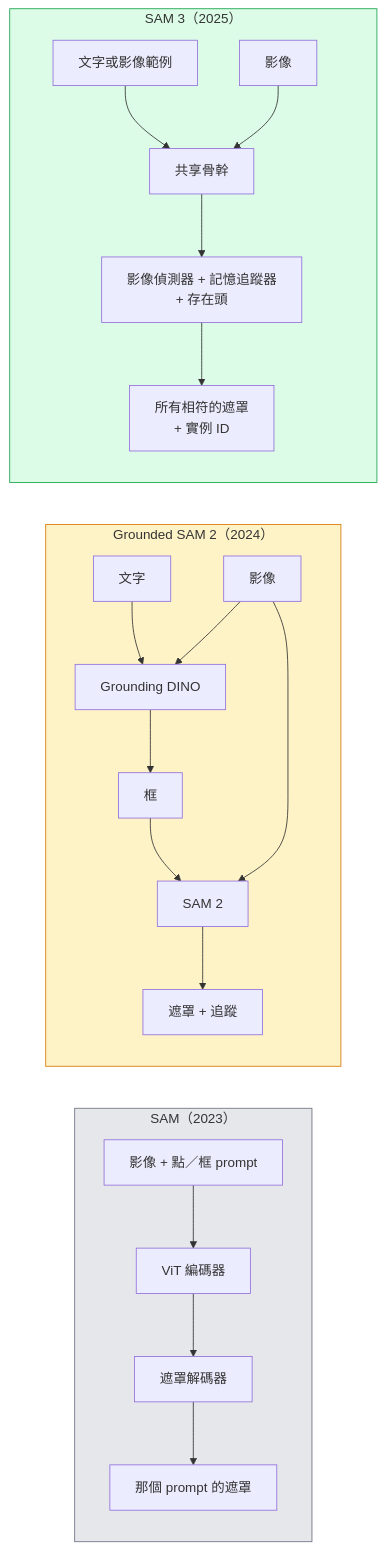
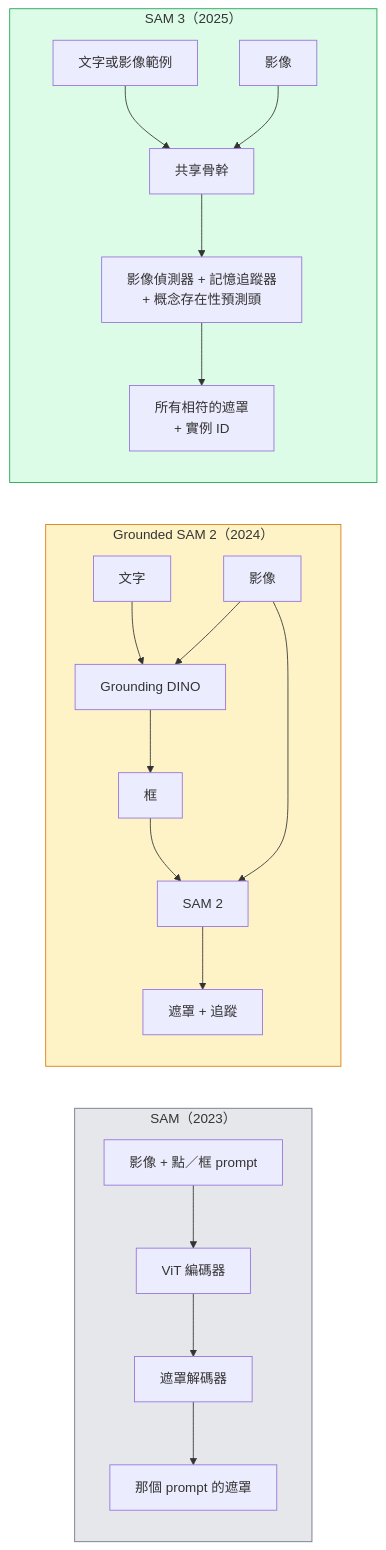
One commit to edward821220/ai-engineering-from-scratch changed the diagram in i18n/zh-TW/phases/04-computer-vision/24-sam3-open-vocab-segmentation/docs/zh-TW.md. Above: the diagram before and after it, drawn with Mermaid. The commit also changed other lines of this file and 197 other files, not shown here.

````diff
--- a/i18n/zh-TW/phases/04-computer-vision/24-sam3-open-vocab-segmentation/docs/zh-TW.md
+++ b/i18n/zh-TW/phases/04-computer-vision/24-sam3-open-vocab-segmentation/docs/zh-TW.md
@@ -29,22 +29,22 @@
 ```mermaid
 flowchart LR
     subgraph SAM1["SAM（2023）"]
         A1["影像 + 點／框 prompt"] --> A2["ViT 編碼器"] --> A3["遮罩解碼器"]
         A3 --> A4["那個 prompt 的遮罩"]
     end
     subgraph GSAM2["Grounded SAM 2（2024）"]
         B1["文字"] --> B2["Grounding DINO"] --> B3["框"] --> B4["SAM 2"] --> B5["遮罩 + 追蹤"]
         B6["影像"] --> B2
         B6 --> B4
     end
     subgraph SAM3["SAM 3（2025）"]
         C1["文字或影像範例"] --> C2["共享骨幹"]
         C3["影像"] --> C2
-        C2 --> C4["影像偵測器 + 記憶追蹤器<br/>+ 存在頭"]
+        C2 --> C4["影像偵測器 + 記憶追蹤器<br/>+ 概念存在性預測頭"]
         C4 --> C5["所有相符的遮罩<br/>+ 實例 ID"]
     end
 
     style SAM1 fill:#e5e7eb,stroke:#6b7280
     style GSAM2 fill:#fef3c7,stroke:#d97706
     style SAM3 fill:#dcfce7,stroke:#16a34a
 ```
````
